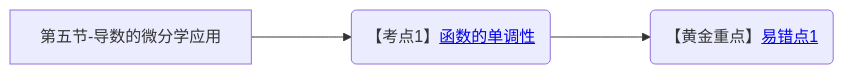
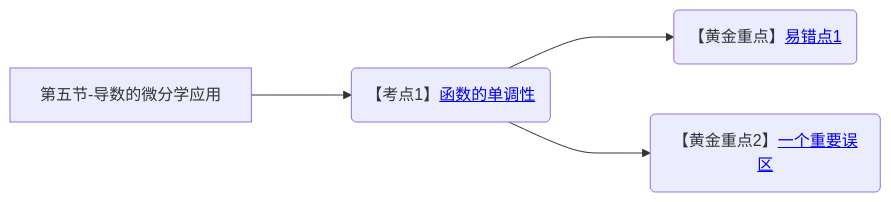
Before and after one commit to yuebinghui/note: diagram 15 of 15 in 笔记/数学/周洋鑫/01.基础班思维导图.md, drawn with Mermaid. The commit also changed 8 other files, not shown here.

````diff
--- a/笔记/数学/周洋鑫/01.基础班思维导图.md
+++ b/笔记/数学/周洋鑫/01.基础班思维导图.md
@@ -530,7 +530,8 @@
 ```mermaid
 graph LR
 第五节-导数的微分学应用
 
 第五节-导数的微分学应用--->函数的单调性(【考点1】<a href="/Users/yuebinghui/Documents/program/github/note/笔记/数学/周洋鑫/基础班/15.导数的微分学应用_1.md#函数的单调性">函数的单调性</>)
 函数的单调性--->易错点1(【黄金重点】<a href="/Users/yuebinghui/Documents/program/github/note/笔记/数学/周洋鑫/基础班/15.导数的微分学应用_1.md#易错点1">易错点1</>)
+函数的单调性--->一个重要误区(【黄金重点2】<a href="/Users/yuebinghui/Documents/program/github/note/笔记/数学/周洋鑫/基础班/15.导数的微分学应用_1.md#一个重要误区">一个重要误区</>)
 ```
````
